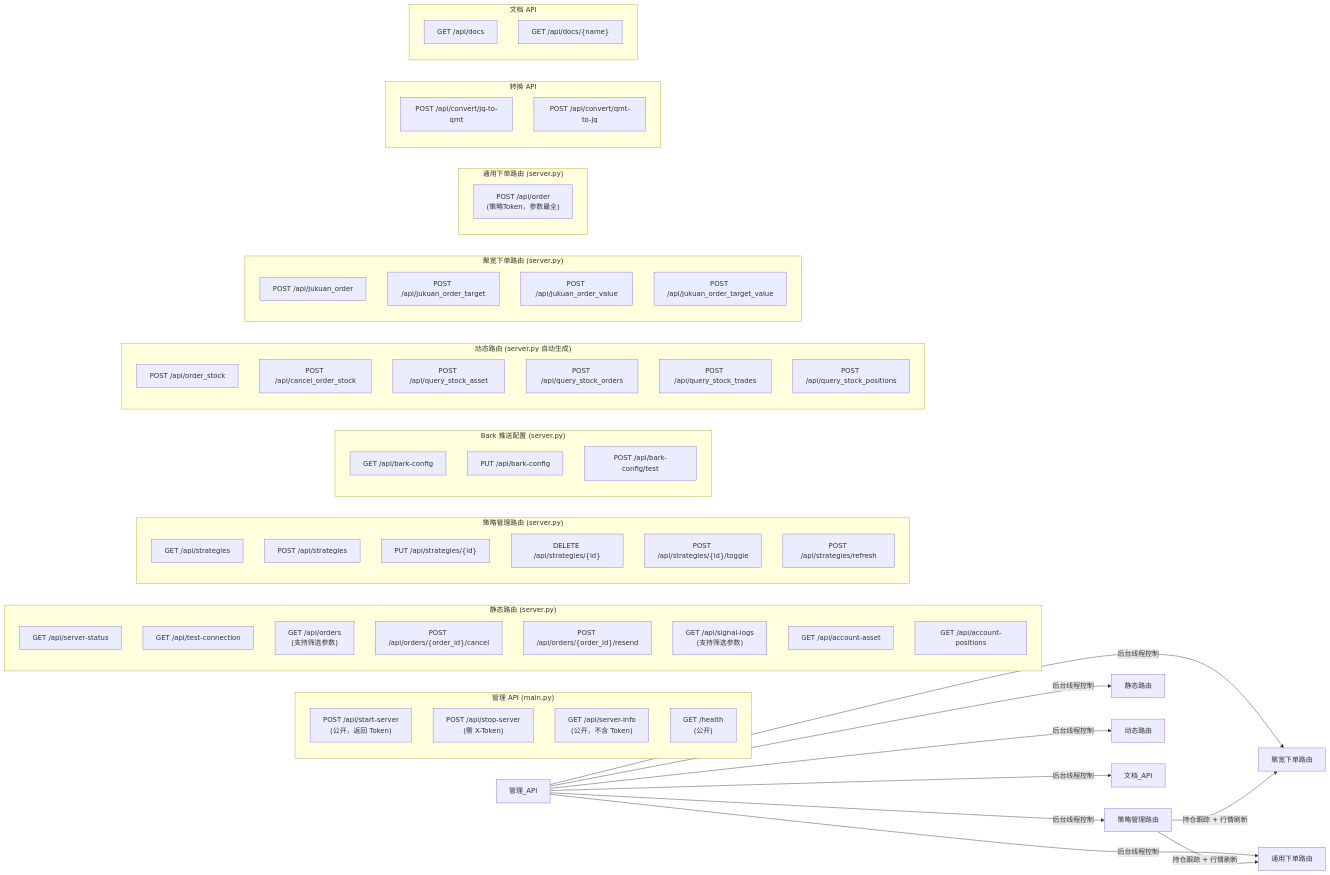
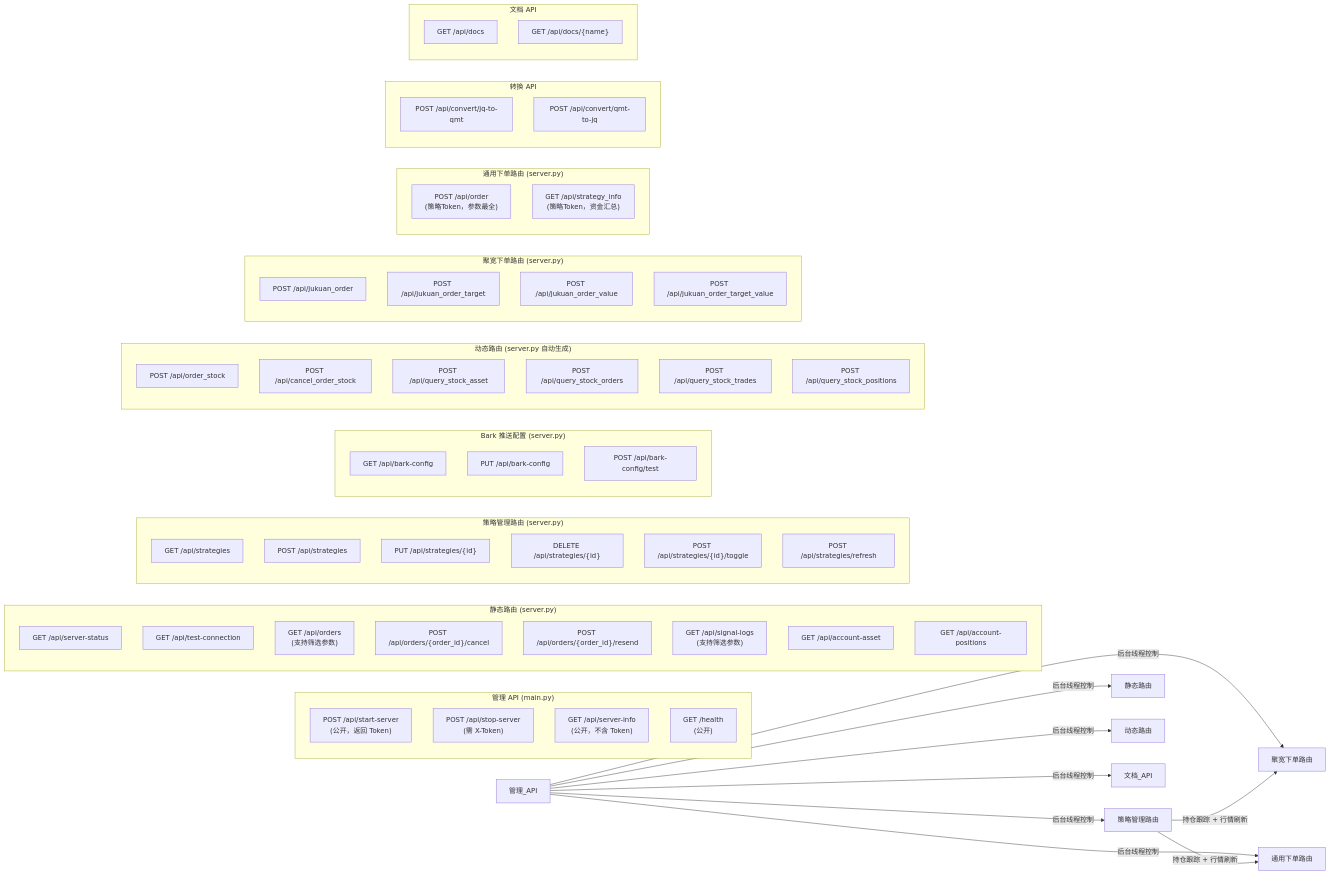
One commit to Dada-liu/QMT-Live-Assistant changed the fourth of 4 diagrams in product-doc/IMPLEMENTATION_PLAN.md. Above: the diagram before and after it, drawn with Mermaid. The commit also changed other lines of this file and 4 other files, not shown here.

Commit message:
feat: 新增 /api/strategy_info 接口，外部服务可用策略 Token 查询资金信息

````diff
--- a/product-doc/IMPLEMENTATION_PLAN.md
+++ b/product-doc/IMPLEMENTATION_PLAN.md
@@ -278,74 +278,75 @@
 ```mermaid
 graph LR
     subgraph "管理 API (main.py)"
         START["POST /api/start-server<br/>(公开，返回 Token)"]
         STOP["POST /api/stop-server<br/>(需 X-Token)"]
         INFO["GET /api/server-info<br/>(公开，不含 Token)"]
         HEALTH["GET /health<br/>(公开)"]
     end
 
     subgraph "静态路由 (server.py)"
         STATUS["GET /api/server-status"]
         CONN["GET /api/test-connection"]
         ORDERS["GET /api/orders<br/>(支持筛选参数)"]
         ORDER_CANCEL["POST /api/orders/{order_id}/cancel"]
         ORDER_RESEND["POST /api/orders/{order_id}/resend"]
         SIG_LOGS["GET /api/signal-logs<br/>(支持筛选参数)"]
         ASSET["GET /api/account-asset"]
         POS["GET /api/account-positions"]
     end
 
     subgraph "策略管理路由 (server.py)"
         S_LIST["GET /api/strategies"]
         S_CREATE["POST /api/strategies"]
         S_UPDATE["PUT /api/strategies/{id}"]
         S_DELETE["DELETE /api/strategies/{id}"]
         S_TOGGLE["POST /api/strategies/{id}/toggle"]
         S_REFRESH["POST /api/strategies/refresh"]
     end
 
     subgraph "Bark 推送配置 (server.py)"
         BARK_GET["GET /api/bark-config"]
         BARK_PUT["PUT /api/bark-config"]
         BARK_TEST["POST /api/bark-config/test"]
     end
 
     subgraph "动态路由 (server.py 自动生成)"
         D1["POST /api/order_stock"]
         D2["POST /api/cancel_order_stock"]
         D3["POST /api/query_stock_asset"]
         D4["POST /api/query_stock_orders"]
         D5["POST /api/query_stock_trades"]
         D6["POST /api/query_stock_positions"]
     end
 
     subgraph "聚宽下单路由 (server.py)"
         JK1["POST /api/jukuan_order"]
         JK2["POST /api/jukuan_order_target"]
         JK3["POST /api/jukuan_order_value"]
         JK4["POST /api/jukuan_order_target_value"]
     end
 
     subgraph "通用下单路由 (server.py)"
         GO["POST /api/order<br/>(策略Token，参数最全)"]
+        SI["GET /api/strategy_info<br/>(策略Token，资金汇总)"]
     end
 
     subgraph "转换 API"
         JQ["POST /api/convert/jq-to-qmt"]
         QJ["POST /api/convert/qmt-to-jq"]
     end
 
     subgraph "文档 API"
         DOC_LIST["GET /api/docs"]
         DOC_GET["GET /api/docs/{name}"]
     end
 
     管理_API -->|"后台线程控制"| 策略管理路由
     管理_API -->|"后台线程控制"| 静态路由
     管理_API -->|"后台线程控制"| 动态路由
     管理_API -->|"后台线程控制"| 聚宽下单路由
     管理_API -->|"后台线程控制"| 通用下单路由
     管理_API -->|"后台线程控制"| 文档_API
     策略管理路由 -->|"持仓跟踪 + 行情刷新"| 聚宽下单路由
     策略管理路由 -->|"持仓跟踪 + 行情刷新"| 通用下单路由
 ```
````
